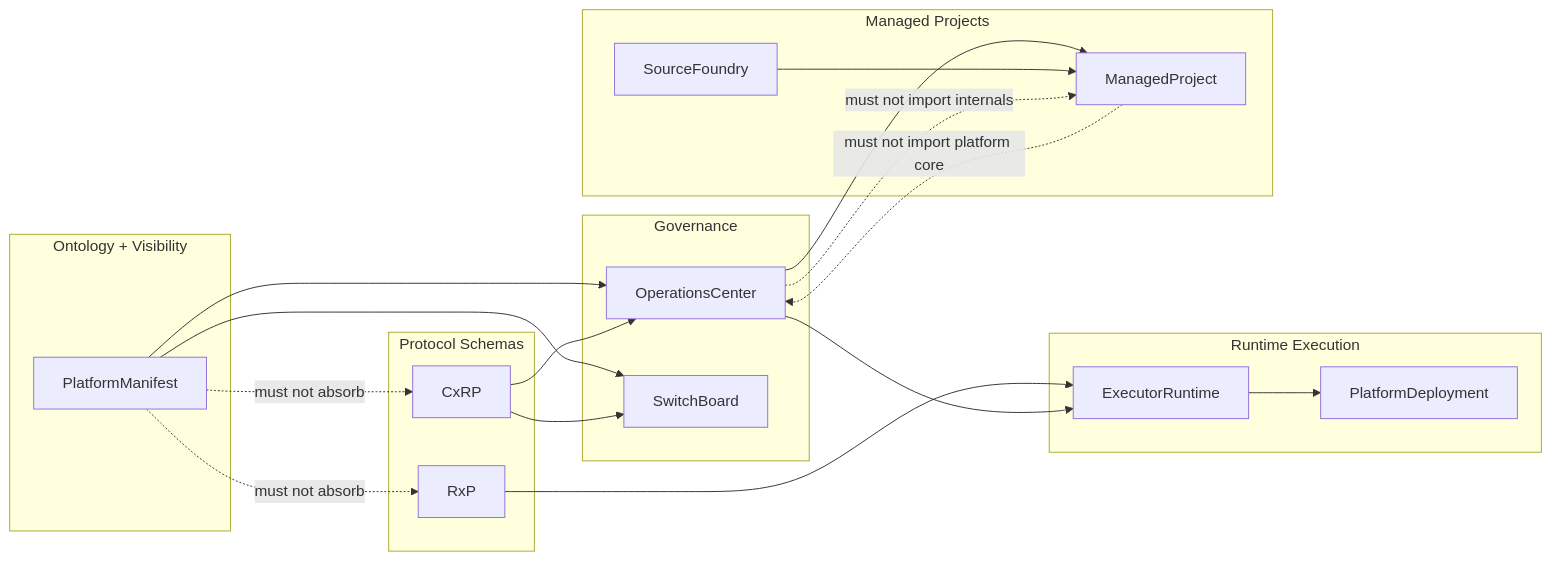
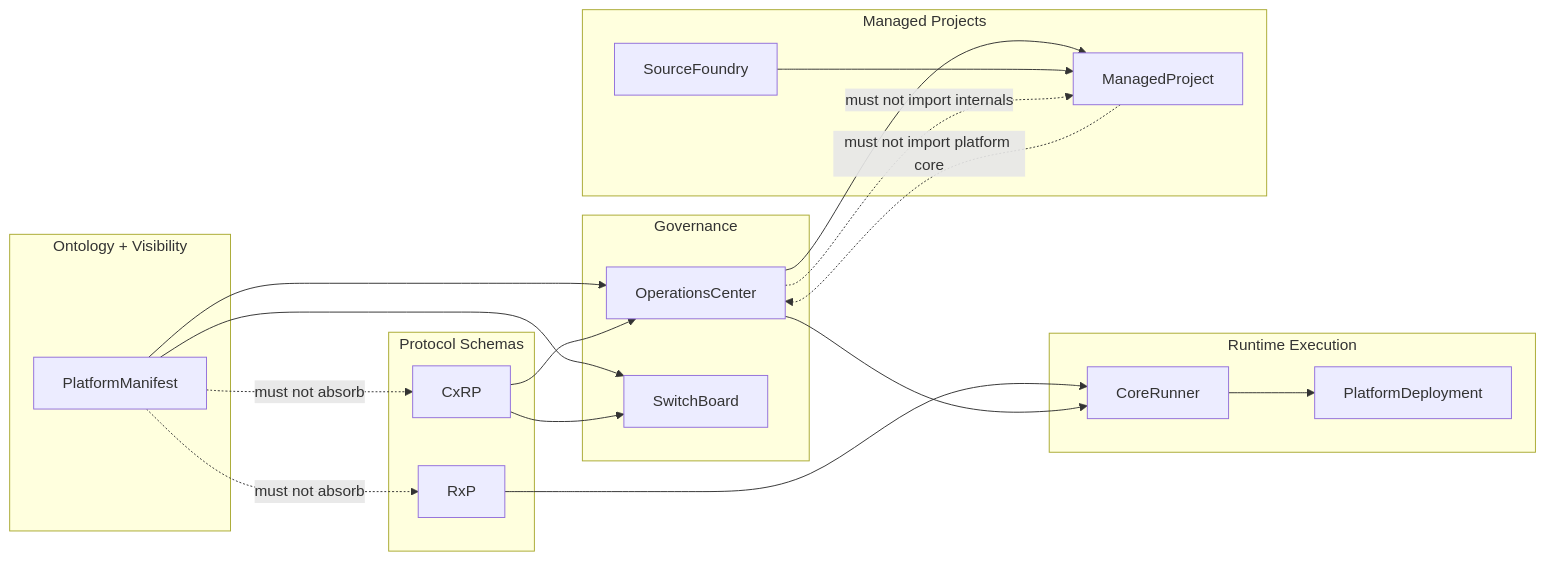
The diagram in docs/architecture/visibility_boundary.md (ProtocolWarden/PlatformManifest), drawn with Mermaid before and after one commit. The commit also changed other lines of this file and 13 other files, not shown here.

First line of the commit message:
feat(phase-4): rename executor_runtime → core_runner in manifest and tests

````diff
--- a/docs/architecture/visibility_boundary.md
+++ b/docs/architecture/visibility_boundary.md
@@ -76,41 +76,41 @@
 ```mermaid
 graph LR
     subgraph OntologyVisibility[Ontology + Visibility]
         PM[PlatformManifest]
     end
 
     subgraph Protocols[Protocol Schemas]
         CX[CxRP]
         RX[RxP]
     end
 
     subgraph Governance[Governance]
         OC[OperationsCenter]
         SB[SwitchBoard]
     end
 
     subgraph Runtime[Runtime Execution]
-        ER[ExecutorRuntime]
+        ER[CoreRunner]
         WS[PlatformDeployment]
     end
 
     subgraph ManagedProjects[Managed Projects]
         MP[ManagedProject]
         SF[SourceFoundry]
     end
 
     PM --> OC
     PM --> SB
     CX --> OC
     CX --> SB
     RX --> ER
     OC --> ER
     ER --> WS
     OC --> MP
     SF --> MP
 
     OC -. must not import internals .-> MP
     MP -. must not import platform core .-> OC
     PM -. must not absorb .-> CX
     PM -. must not absorb .-> RX
 ```
````
